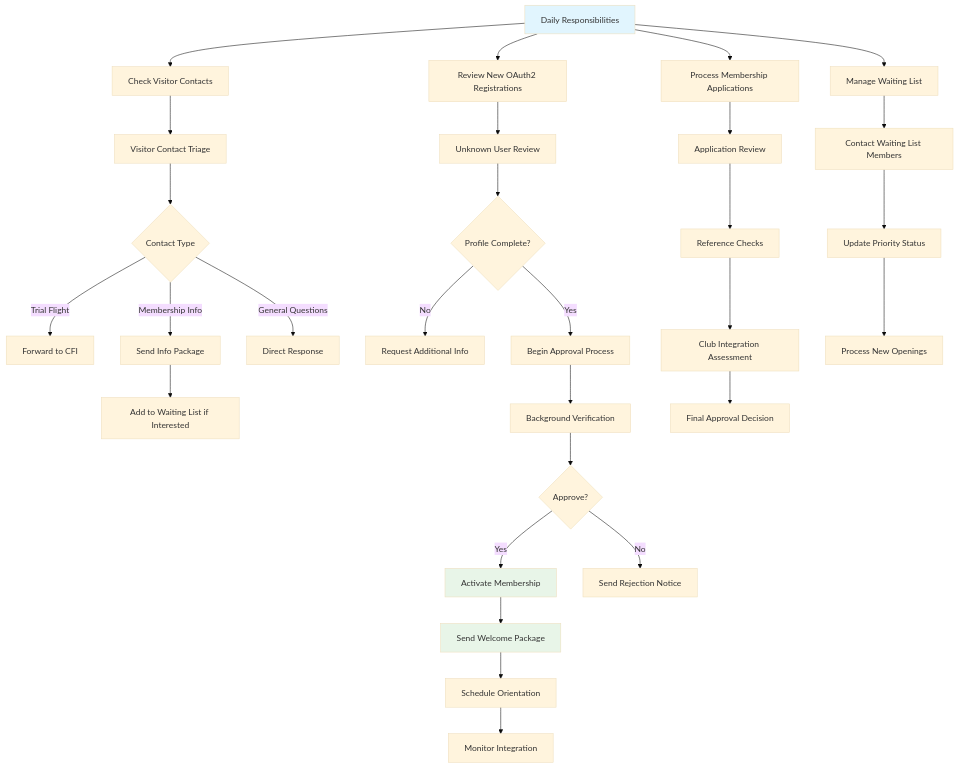
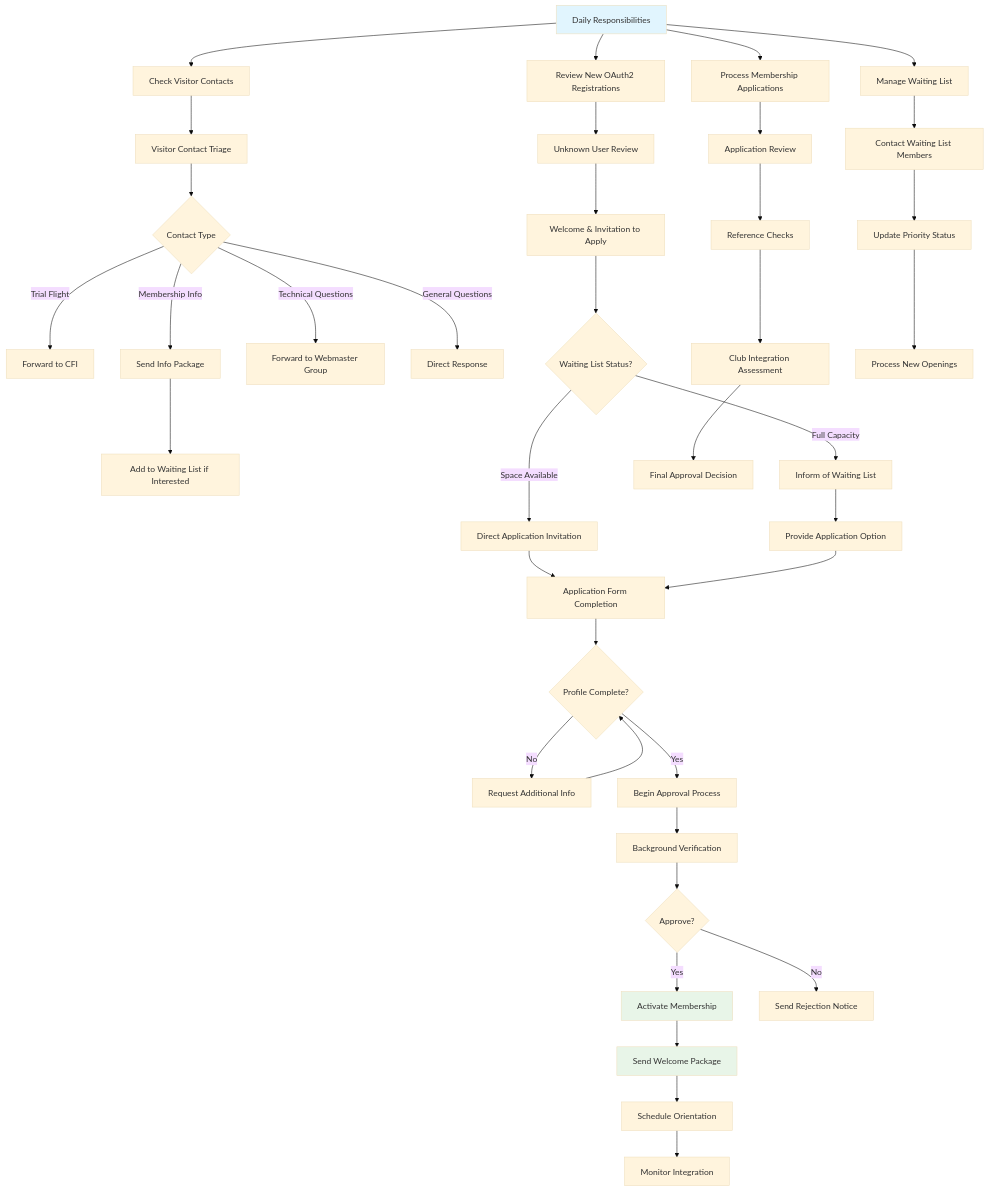
Before and after one commit to pietbarber/Manage2Soar: the first of 5 diagrams in docs/workflows/12-membership-manager-workflow.md, drawn with Mermaid (base theme). The commit also changed other lines of this file, not shown here.

Commit message:
Enhance Membership Manager Workflow: Update inquiry response flow, refine application process, and add capacity management guidelines

````diff
--- a/docs/workflows/12-membership-manager-workflow.md
+++ b/docs/workflows/12-membership-manager-workflow.md
@@ -24,40 +24,49 @@
 ```mermaid
 flowchart TD
     A[Daily Responsibilities] --> B[Check Visitor Contacts]
     A --> C[Review New OAuth2 Registrations]
     A --> D[Process Membership Applications]
     A --> E[Manage Waiting List]
 
     B --> B1[Visitor Contact Triage]
     B1 --> B2{Contact Type}
     B2 -->|Trial Flight| B3[Forward to CFI]
     B2 -->|Membership Info| B4[Send Info Package]
-    B2 -->|General Questions| B5[Direct Response]
-    B4 --> B6[Add to Waiting List if Interested]
+    B2 -->|Technical Questions| B5[Forward to Webmaster Group]
+    B2 -->|General Questions| B6[Direct Response]
+    B4 --> B7[Add to Waiting List if Interested]
 
     C --> C1[Unknown User Review]
-    C1 --> C2{Profile Complete?}
-    C2 -->|No| C3[Request Additional Info]
-    C2 -->|Yes| C4[Begin Approval Process]
-    C4 --> C5[Background Verification]
-    C5 --> C6{Approve?}
-    C6 -->|Yes| C7[Activate Membership]
-    C6 -->|No| C8[Send Rejection Notice]
+    C1 --> C2[Welcome & Invitation to Apply]
+    C2 --> C3{Waiting List Status?}
+    C3 -->|Full Capacity| C4[Inform of Waiting List]
+    C3 -->|Space Available| C5[Direct Application Invitation]
+    C4 --> C6[Provide Application Option]
+    C5 --> C7[Application Form Completion]
+    C6 --> C7
+    C7 --> C8{Profile Complete?}
+    C8 -->|No| C9[Request Additional Info]
+    C8 -->|Yes| C10[Begin Approval Process]
+    C9 --> C8
+    C10 --> C11[Background Verification]
+    C11 --> C12{Approve?}
+    C12 -->|Yes| C13[Activate Membership]
+    C12 -->|No| C14[Send Rejection Notice]
 
     D --> D1[Application Review]
     D1 --> D2[Reference Checks]
     D2 --> D3[Club Integration Assessment]
     D3 --> D4[Final Approval Decision]
 
     E --> E1[Contact Waiting List Members]
     E1 --> E2[Update Priority Status]
     E2 --> E3[Process New Openings]
 
-    C7 --> F[Send Welcome Package]
+    C13 --> F[Send Welcome Package]
     F --> G[Schedule Orientation]
     G --> H[Monitor Integration]
 
     style A fill:#e1f5fe
     style F fill:#e8f5e8
-    style C7 fill:#e8f5e8
+    style C13 fill:#e8f5e8
 ```
````
